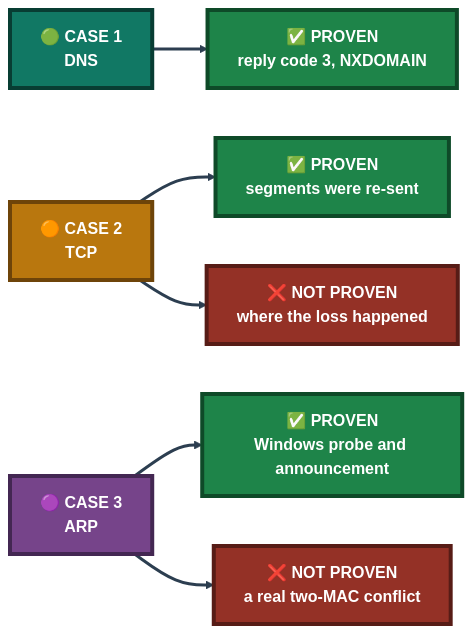
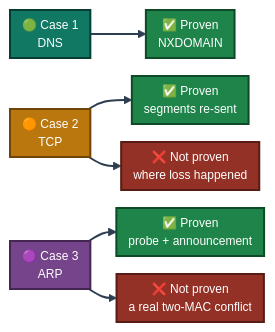
One commit to malaika-azhar/Real-World-Tier2-Support-Projects changed the sixth of 7 diagrams in project-3-wireshark-packet-capture-case-studies/README.md. Above: the diagram before and after it, drawn with Mermaid. The commit also changed other lines of this file, not shown here.

````diff
--- a/project-3-wireshark-packet-capture-case-studies/README.md
+++ b/project-3-wireshark-packet-capture-case-studies/README.md
@@ -550,15 +548,15 @@
 ```mermaid
+%%{init: {'theme': 'base', 'themeVariables': {'fontSize': '12px'}, 'flowchart': {'nodeSpacing': 18, 'rankSpacing': 26, 'padding': 6}}}%%
 flowchart LR
-    C1["🟢 CASE 1<br/>DNS"]:::c1 --> P1["✅ PROVEN<br/>reply code 3, NXDOMAIN"]:::ok
-    C2["🟠 CASE 2<br/>TCP"]:::c2 --> P2["✅ PROVEN<br/>segments were re-sent"]:::ok
-    C2 --> N2["❌ NOT PROVEN<br/>where the loss happened"]:::bad
-    C3["🟣 CASE 3<br/>ARP"]:::c3 --> P3["✅ PROVEN<br/>Windows probe and announcement"]:::ok
-    C3 --> N3["❌ NOT PROVEN<br/>a real two-MAC conflict"]:::bad
-
-    classDef c1 fill:#117864,stroke:#083D33,stroke-width:4px,color:#FFFFFF,font-weight:bold
-    classDef c2 fill:#B9770E,stroke:#6E4409,stroke-width:4px,color:#FFFFFF,font-weight:bold
-    classDef c3 fill:#76448A,stroke:#432752,stroke-width:4px,color:#FFFFFF,font-weight:bold
-    classDef ok fill:#1E8449,stroke:#0E4A28,stroke-width:4px,color:#FFFFFF,font-weight:bold
-    classDef bad fill:#943126,stroke:#571C16,stroke-width:4px,color:#FFFFFF,font-weight:bold
-    linkStyle default stroke:#2C3E50,stroke-width:3px
+    C1["🟢 Case 1<br/>DNS"]:::c1 --> P1["✅ Proven<br/>NXDOMAIN"]:::ok
+    C2["🟠 Case 2<br/>TCP"]:::c2 --> P2["✅ Proven<br/>segments re-sent"]:::ok
+    C2 --> N2["❌ Not proven<br/>where loss happened"]:::bad
+    C3["🟣 Case 3<br/>ARP"]:::c3 --> P3["✅ Proven<br/>probe + announcement"]:::ok
+    C3 --> N3["❌ Not proven<br/>a real two-MAC conflict"]:::bad
+    classDef c1 fill:#117864,stroke:#083D33,stroke-width:2px,color:#FFFFFF
+    classDef c2 fill:#B9770E,stroke:#6E4409,stroke-width:2px,color:#FFFFFF
+    classDef c3 fill:#76448A,stroke:#432752,stroke-width:2px,color:#FFFFFF
+    classDef ok fill:#1E8449,stroke:#0E4A28,stroke-width:2px,color:#FFFFFF
+    classDef bad fill:#943126,stroke:#571C16,stroke-width:2px,color:#FFFFFF
+    linkStyle default stroke:#2C3E50,stroke-width:2px
 ```
````
